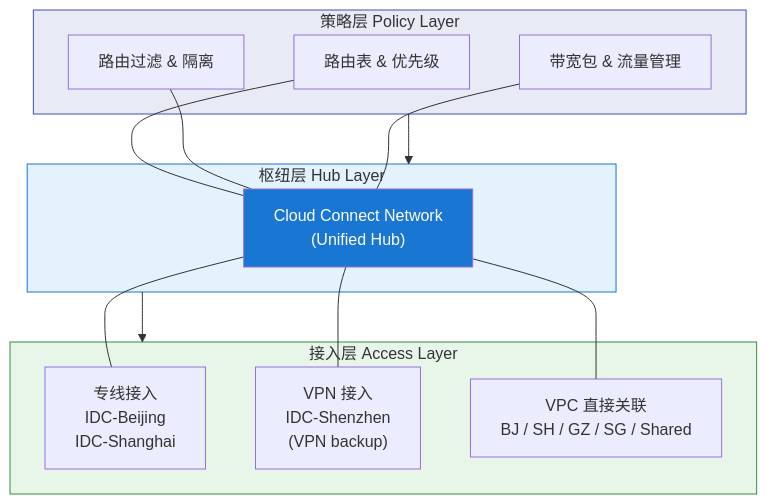
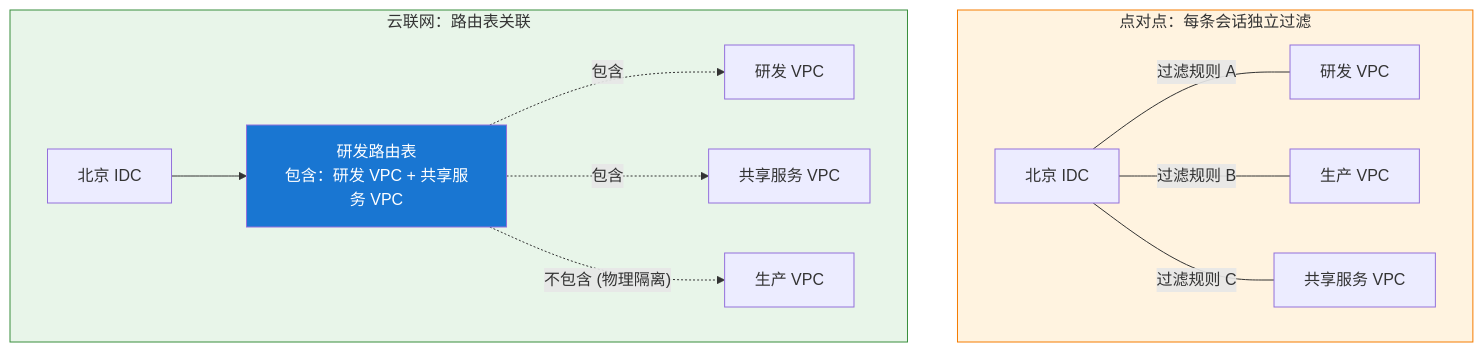
One commit to caozhiyi/network-book changed the third of 4 diagrams in docs/22.统一管理云和IDC的连接云联网的纵向扩展.md. Above: the diagram before and after it, drawn with Mermaid. The commit also changed other lines of this file and 36 other files, not shown here.

````diff
--- a/docs/22.统一管理云和IDC的连接云联网的纵向扩展.md
+++ b/docs/22.统一管理云和IDC的连接云联网的纵向扩展.md
@@ -224,32 +126,28 @@
 ```mermaid
 graph TB
-    subgraph policy["策略层 Policy Layer"]
-        RT["路由表 & 优先级"]
-        RF["路由过滤 & 隔离"]
-        BW["带宽包 & 流量管理"]
+    subgraph filter["点对点：每条会话独立过滤"]
+        F_IDC["北京 IDC"]
+        F_V1["研发 VPC"]
+        F_V2["生产 VPC"]
+        F_V3["共享服务 VPC"]
+        F_IDC ---|"过滤规则 A"| F_V1
+        F_IDC ---|"过滤规则 B"| F_V2
+        F_IDC ---|"过滤规则 C"| F_V3
     end
 
-    subgraph hub["枢纽层 Hub Layer"]
-        CCN["Cloud Connect Network<br/>(Unified Hub)"]
+    subgraph table["云联网：路由表关联"]
+        T_IDC["北京 IDC"]
+        T_RT["研发路由表<br/>包含：研发 VPC + 共享服务 VPC"]
+        T_V1["研发 VPC"]
+        T_V2["生产 VPC"]
+        T_V3["共享服务 VPC"]
+        T_IDC --> T_RT
+        T_RT -.->|"包含"| T_V1
+        T_RT -.->|"包含"| T_V3
+        T_RT -.->|"不包含 (物理隔离)"| T_V2
     end
 
-    subgraph access["接入层 Access Layer"]
-        DL["专线接入<br/>IDC-Beijing<br/>IDC-Shanghai"]
-        VPN["VPN 接入<br/>IDC-Shenzhen<br/>(VPN backup)"]
-        VPC["VPC 直接关联<br/>BJ / SH / GZ / SG / Shared"]
-    end
-
-    policy --> hub
-    hub --> access
-    RT --- CCN
-    RF --- CCN
-    BW --- CCN
-    CCN --- DL
-    CCN --- VPN
-    CCN --- VPC
-
-    style policy fill:#e8eaf6,stroke:#3f51b5
-    style hub fill:#e3f2fd,stroke:#1976d2
-    style access fill:#e8f5e9,stroke:#388e3c
-    style CCN fill:#1976d2,color:#fff
+    style filter fill:#fff3e0,stroke:#f57c00
+    style table fill:#e8f5e9,stroke:#388e3c
+    style T_RT fill:#1976d2,color:#fff
 ```
````
